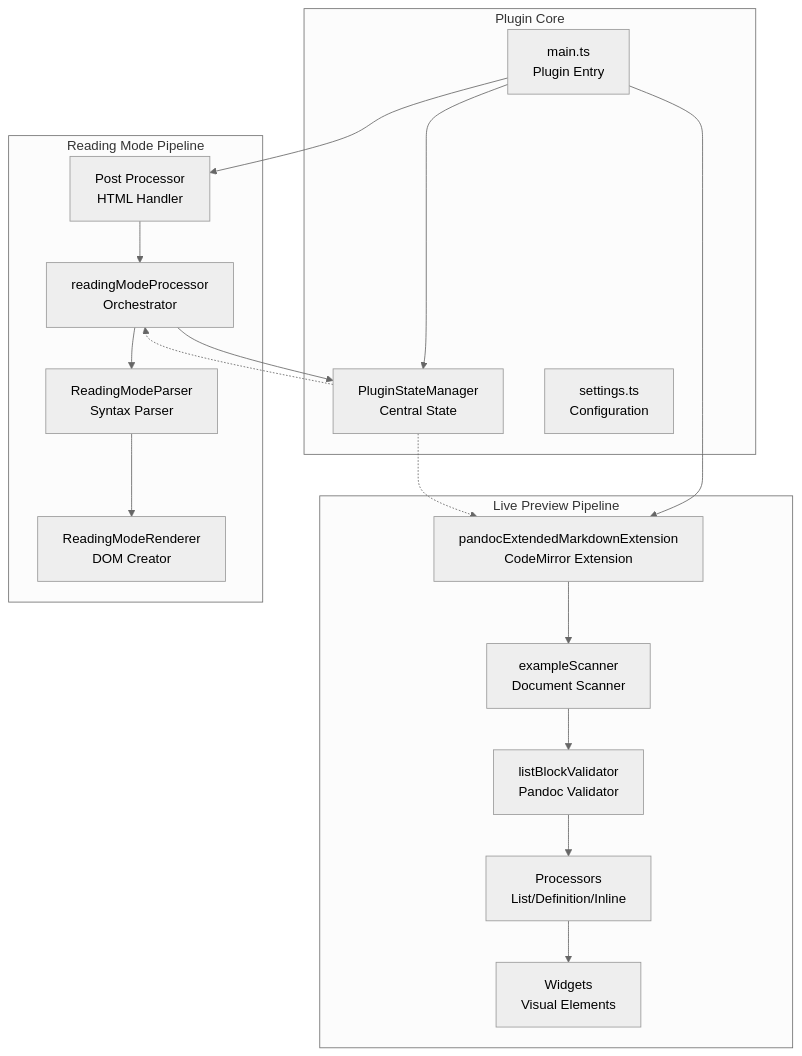
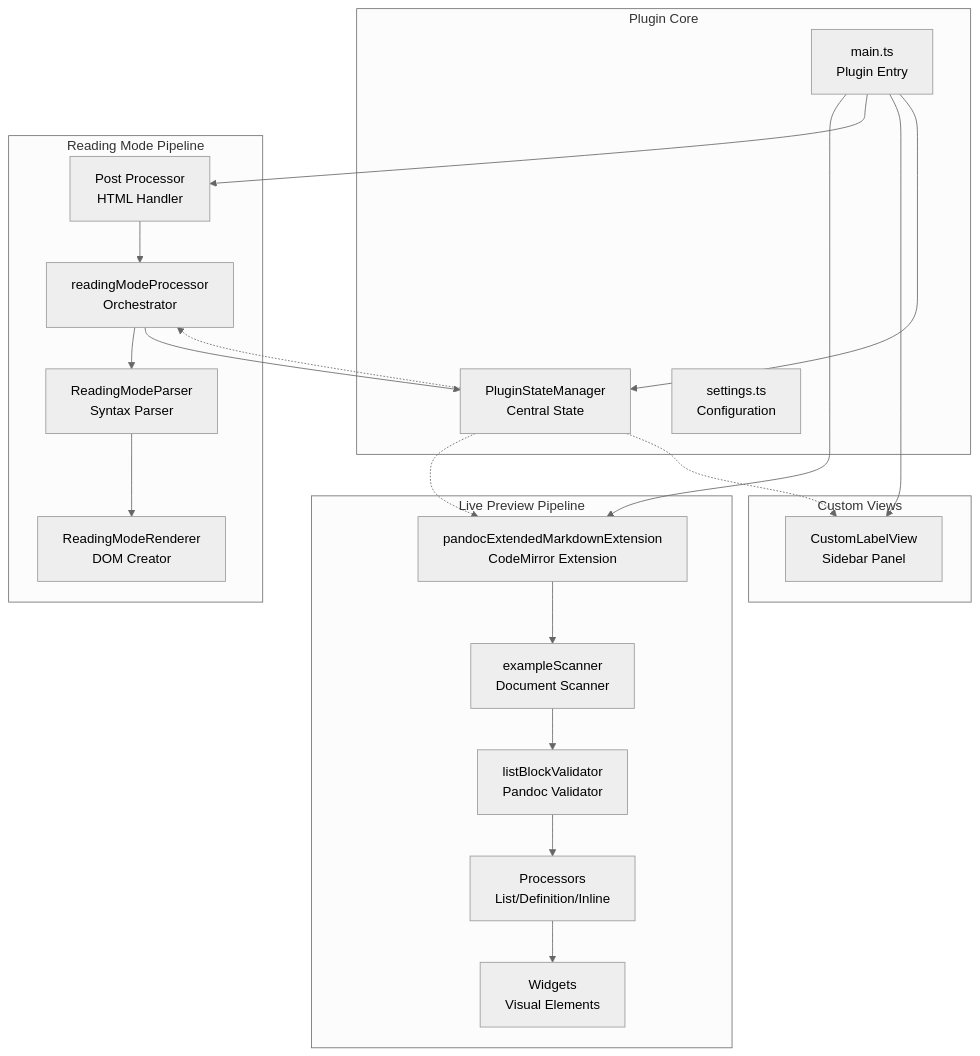
The first of 7 diagrams in ARCHITECTURE.md (ErrorTzy/obsidian-pandoc-extended-markdown), drawn with Mermaid (neutral theme) before and after one commit. The commit also changed other lines of this file and 7 other files, not shown here.

First line of the commit message:
feat: Add Custom Label View sidebar panel

````diff
--- a/ARCHITECTURE.md
+++ b/ARCHITECTURE.md
@@ -116,40 +121,46 @@
 ```mermaid
 graph TB
     subgraph "Plugin Core"
         Main[main.ts<br/>Plugin Entry]
         SM[PluginStateManager<br/>Central State]
         Settings[settings.ts<br/>Configuration]
     end
     
     subgraph "Live Preview Pipeline"
         CMExt[pandocExtendedMarkdownExtension<br/>CodeMirror Extension]
         Scanner[exampleScanner<br/>Document Scanner]
         Validator[listBlockValidator<br/>Pandoc Validator]
         Processors[Processors<br/>List/Definition/Inline]
         Widgets[Widgets<br/>Visual Elements]
     end
     
     subgraph "Reading Mode Pipeline"
         PostProc[Post Processor<br/>HTML Handler]
         RMProc[readingModeProcessor<br/>Orchestrator]
         Parser[ReadingModeParser<br/>Syntax Parser]
         Renderer[ReadingModeRenderer<br/>DOM Creator]
     end
     
+    subgraph "Custom Views"
+        CLView[CustomLabelView<br/>Sidebar Panel]
+    end
+    
     Main --> CMExt
     Main --> PostProc
+    Main --> CLView
     Main --> SM
     
     CMExt --> Scanner
     Scanner --> Validator
     Validator --> Processors
     Processors --> Widgets
     
     PostProc --> RMProc
     RMProc --> Parser
     RMProc --> SM
     Parser --> Renderer
     
     SM -.-> CMExt
     SM -.-> RMProc
+    SM -.-> CLView
 ```
````
